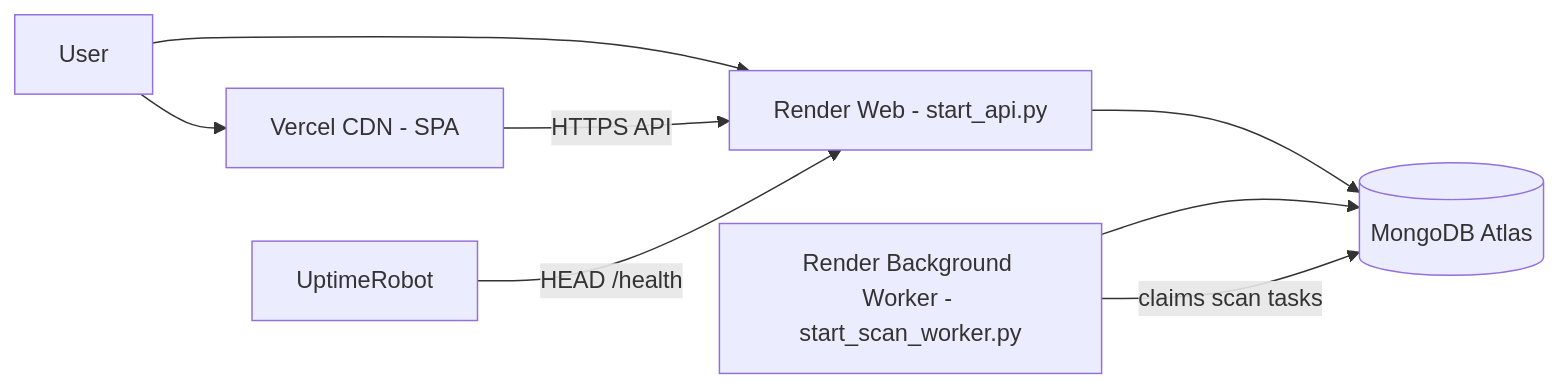
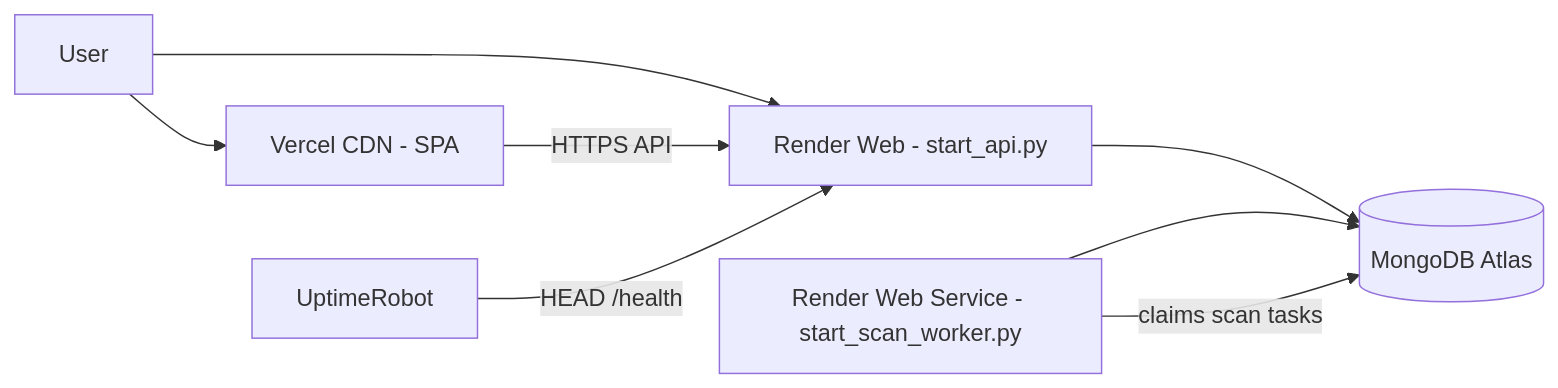
Before and after one commit to pnarun/career-os: the diagram in docs/deployment/render-vercel-deployment.md, drawn with Mermaid. The commit also changed other lines of this file and 5 other files, not shown here.

Commit message:
added port to scan worker service

````diff
--- a/docs/deployment/render-vercel-deployment.md
+++ b/docs/deployment/render-vercel-deployment.md
@@ -7,10 +7,10 @@
 ```mermaid
 flowchart LR
   User --> Vercel[Vercel CDN - SPA]
   User --> RenderAPI[Render Web - start_api.py]
   Vercel -->|HTTPS API| RenderAPI
   RenderAPI --> Atlas[(MongoDB Atlas)]
-  RenderWorker[Render Background Worker - start_scan_worker.py] --> Atlas
+  RenderWorker[Render Web Service - start_scan_worker.py] --> Atlas
   RenderWorker -->|claims scan tasks| Atlas
   Uptime[UptimeRobot] -->|HEAD /health| RenderAPI
 ```
````
